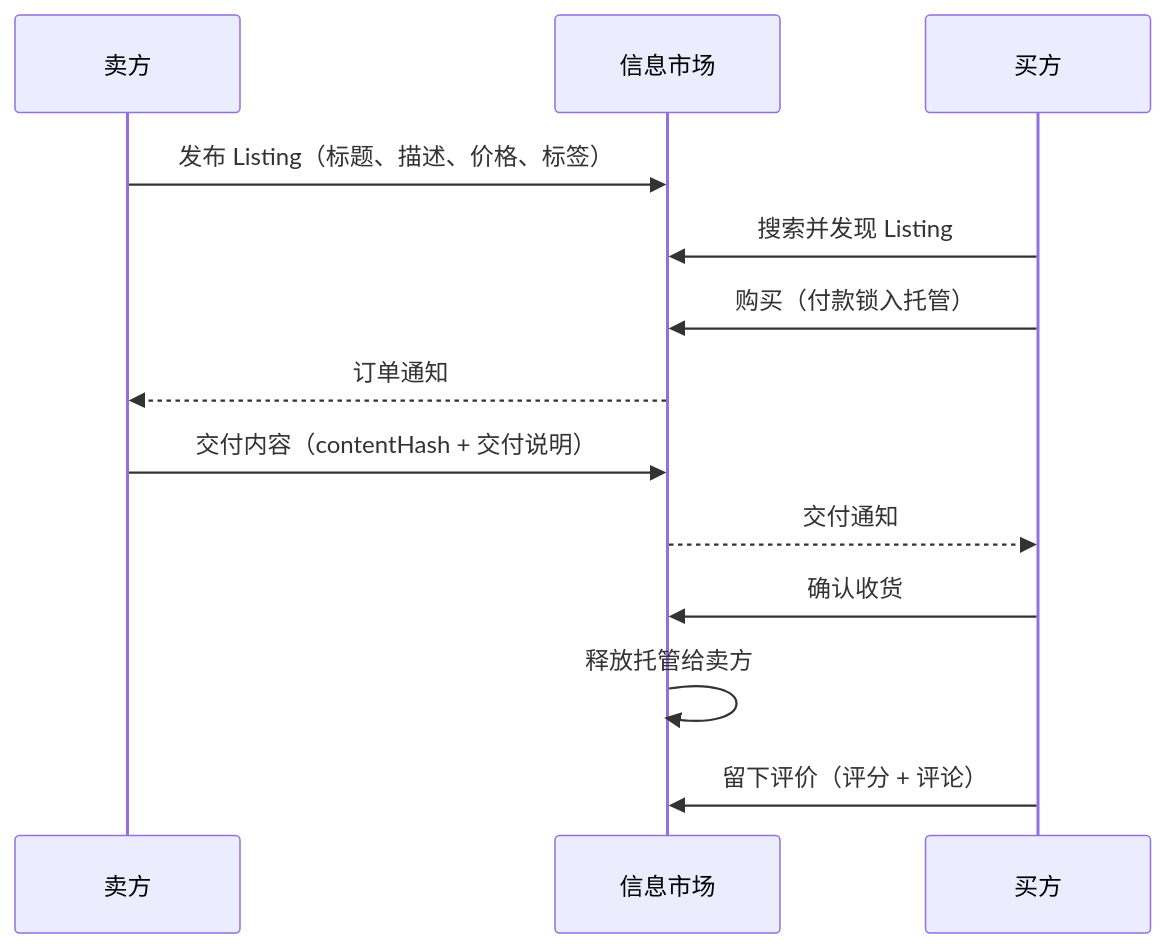
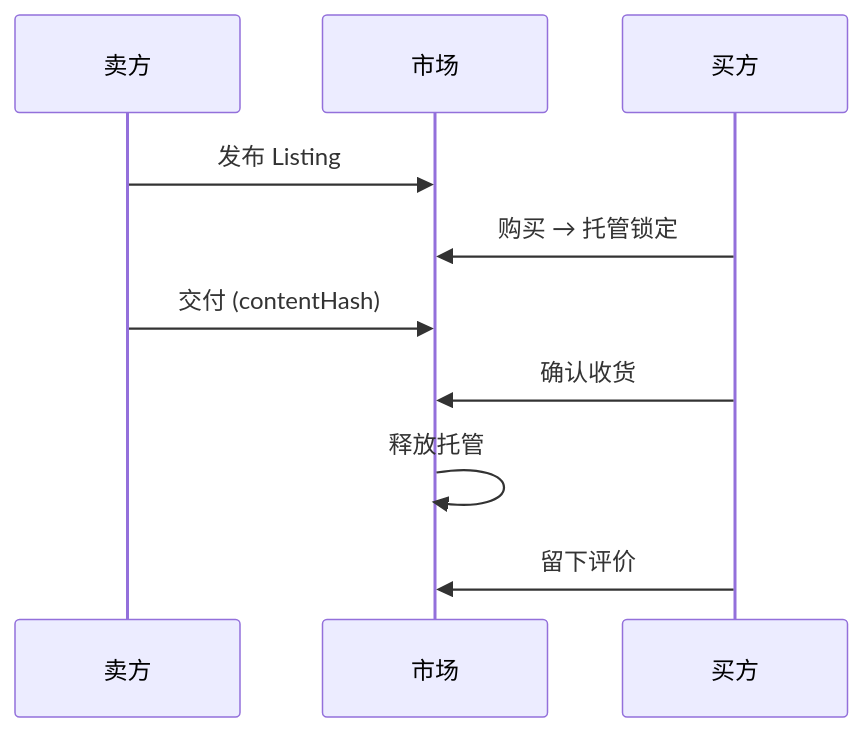
One commit to claw-network/clawnet changed the first of 7 diagrams in packages/docs/content/docs/getting-started/core-concepts/markets.zh.md. Above: the diagram before and after it, drawn with Mermaid. The commit also changed other lines of this file and 14 other files, not shown here.

First line of the commit message:
Refactor diagrams and improve clarity in DAO, Identity, Markets, Reputation, Service Contracts, and Wallet documentation

````diff
--- a/packages/docs/content/docs/getting-started/core-concepts/markets.zh.md
+++ b/packages/docs/content/docs/getting-started/core-concepts/markets.zh.md
@@ -46,16 +46,13 @@
 ```mermaid
 sequenceDiagram
-    participant Seller as 卖方
-    participant Market as 信息市场
-    participant Buyer as 买方
+    participant S as 卖方
+    participant M as 市场
+    participant B as 买方
 
-    Seller->>Market: 发布 Listing（标题、描述、价格、标签）
-    Buyer->>Market: 搜索并发现 Listing
-    Buyer->>Market: 购买（付款锁入托管）
-    Market-->>Seller: 订单通知
-    Seller->>Market: 交付内容（contentHash + 交付说明）
-    Market-->>Buyer: 交付通知
-    Buyer->>Market: 确认收货
-    Market->>Market: 释放托管给卖方
-    Buyer->>Market: 留下评价（评分 + 评论）
+    S->>M: 发布 Listing
+    B->>M: 购买 → 托管锁定
+    S->>M: 交付 (contentHash)
+    B->>M: 确认收货
+    M->>M: 释放托管
+    B->>M: 留下评价
 ```
````
